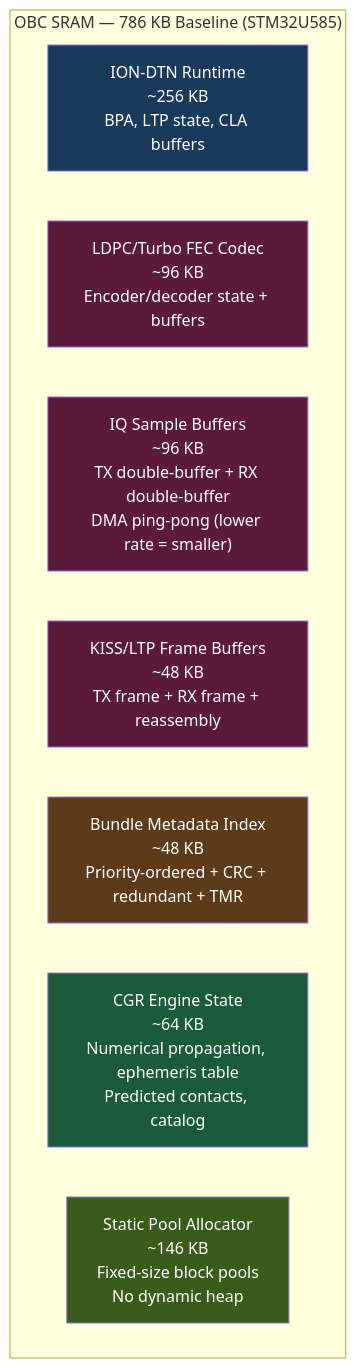
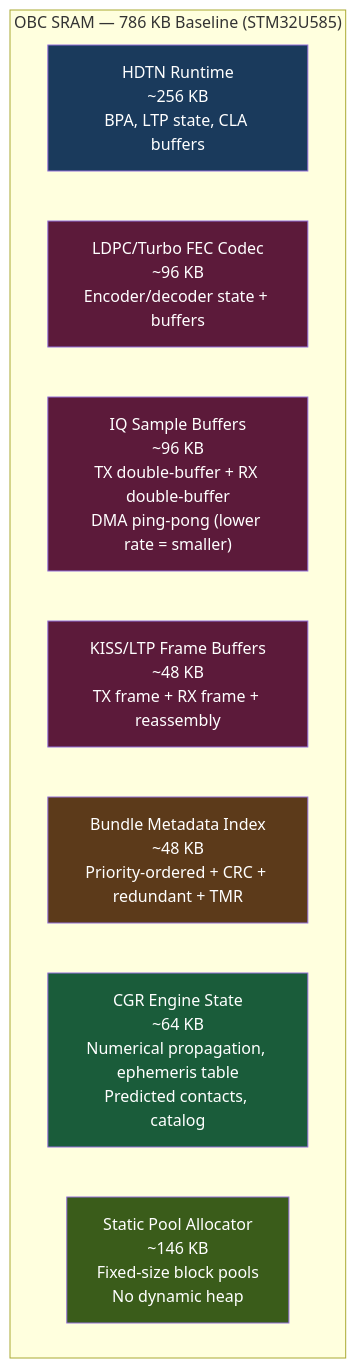
Before and after one commit to g4dpz/cislunar_proposal: the second of 7 diagrams in docs/cislunar-phase4/design.md, drawn with Mermaid. The commit also changed other lines of this file and 18 other files, not shown here.

Commit message:
Migrate from ION-DTN to HDTN across all specs and website

````diff
--- a/docs/cislunar-phase4/design.md
+++ b/docs/cislunar-phase4/design.md
@@ -105,20 +105,20 @@
 ```mermaid
 graph TD
     subgraph "OBC SRAM — 786 KB Baseline (STM32U585)"
-        ION_MEM["ION-DTN Runtime<br/>~256 KB<br/>BPA, LTP state, CLA buffers"]
+        HDTN_MEM["HDTN Runtime<br/>~256 KB<br/>BPA, LTP state, CLA buffers"]
         FEC_MEM["LDPC/Turbo FEC Codec<br/>~96 KB<br/>Encoder/decoder state + buffers"]
         IQ_BUF["IQ Sample Buffers<br/>~96 KB<br/>TX double-buffer + RX double-buffer<br/>DMA ping-pong (lower rate = smaller)"]
         KISS_BUF["KISS/LTP Frame Buffers<br/>~48 KB<br/>TX frame + RX frame + reassembly"]
         IDX_MEM["Bundle Metadata Index<br/>~48 KB<br/>Priority-ordered + CRC + redundant + TMR"]
         CGR_MEM["CGR Engine State<br/>~64 KB<br/>Numerical propagation, ephemeris table<br/>Predicted contacts, catalog"]
         POOL["Static Pool Allocator<br/>~146 KB<br/>Fixed-size block pools<br/>No dynamic heap"]
     end
 
-    style ION_MEM fill:#1a3a5c,color:#fff
+    style HDTN_MEM fill:#1a3a5c,color:#fff
     style FEC_MEM fill:#5c1a3a,color:#fff
     style IQ_BUF fill:#5c1a3a,color:#fff
     style KISS_BUF fill:#5c1a3a,color:#fff
     style IDX_MEM fill:#5c3a1a,color:#fff
     style CGR_MEM fill:#1a5c3a,color:#fff
     style POOL fill:#3a5c1a,color:#fff
 ```
````
